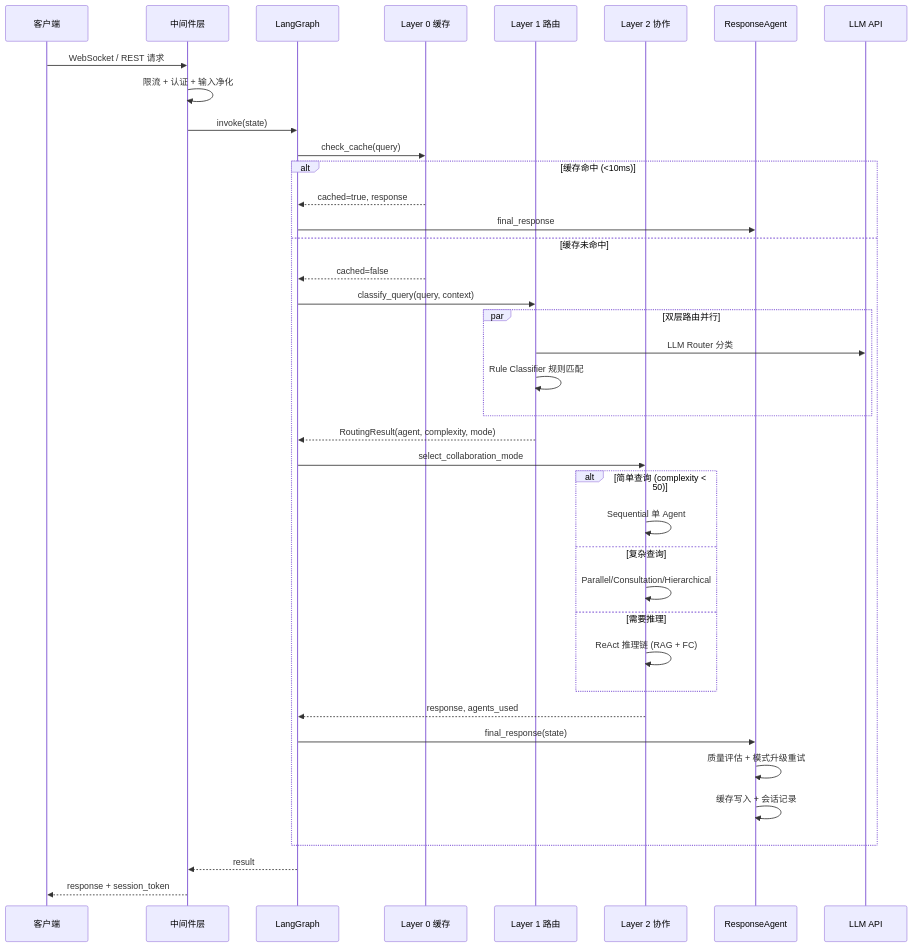
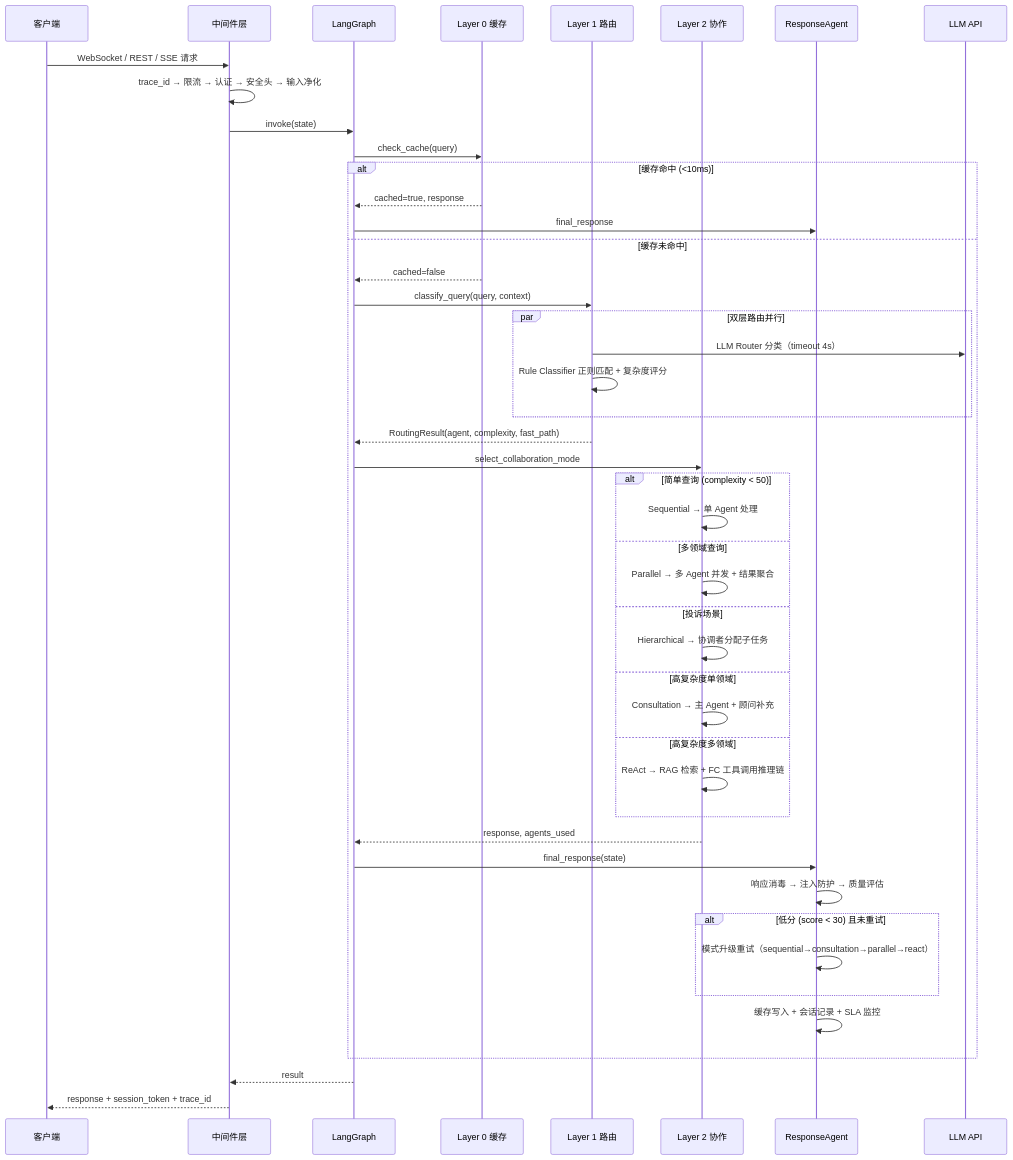
One commit to Xander-Xai/Customer-Service-AI-Agent changed the second of 3 diagrams in README.md. Above: the diagram before and after it, drawn with Mermaid. The commit also changed other lines of this file and 373 other files, not shown here.

````diff
--- a/README.md
+++ b/README.md
@@ -151,46 +160,53 @@
 ```mermaid
 sequenceDiagram
     participant C as 客户端
     participant MW as 中间件层
     participant G as LangGraph
     participant L0 as Layer 0 缓存
     participant L1 as Layer 1 路由
     participant L2 as Layer 2 协作
     participant RA as ResponseAgent
     participant LLM as LLM API
 
-    C->>MW: WebSocket / REST 请求
-    MW->>MW: 限流 + 认证 + 输入净化
+    C->>MW: WebSocket / REST / SSE 请求
+    MW->>MW: trace_id → 限流 → 认证 → 安全头 → 输入净化
     MW->>G: invoke(state)
 
     G->>L0: check_cache(query)
     alt 缓存命中 (<10ms)
         L0-->>G: cached=true, response
         G->>RA: final_response
     else 缓存未命中
         L0-->>G: cached=false
         G->>L1: classify_query(query, context)
         par 双层路由并行
-            L1->>LLM: LLM Router 分类
-            L1->>L1: Rule Classifier 规则匹配
+            L1->>LLM: LLM Router 分类（timeout 4s）
+            L1->>L1: Rule Classifier 正则匹配 + 复杂度评分
         end
-        L1-->>G: RoutingResult(agent, complexity, mode)
+        L1-->>G: RoutingResult(agent, complexity, fast_path)
 
         G->>L2: select_collaboration_mode
         alt 简单查询 (complexity < 50)
-            L2->>L2: Sequential 单 Agent
-        else 复杂查询
-            L2->>L2: Parallel/Consultation/Hierarchical
-        else 需要推理
-            L2->>L2: ReAct 推理链 (RAG + FC)
+            L2->>L2: Sequential → 单 Agent 处理
+        else 多领域查询
+            L2->>L2: Parallel → 多 Agent 并发 + 结果聚合
+        else 投诉场景
+            L2->>L2: Hierarchical → 协调者分配子任务
+        else 高复杂度单领域
+            L2->>L2: Consultation → 主 Agent + 顾问补充
+        else 高复杂度多领域
+            L2->>L2: ReAct → RAG 检索 + FC 工具调用推理链
         end
         L2-->>G: response, agents_used
 
         G->>RA: final_response(state)
-        RA->>RA: 质量评估 + 模式升级重试
-        RA->>RA: 缓存写入 + 会话记录
+        RA->>RA: 响应消毒 → 注入防护 → 质量评估
+        alt 低分 (score < 30) 且未重试
+            RA->>RA: 模式升级重试（sequential→consultation→parallel→react）
+        end
+        RA->>RA: 缓存写入 + 会话记录 + SLA 监控
     end
 
     G-->>MW: result
-    MW-->>C: response + session_token
+    MW-->>C: response + session_token + trace_id
 ```
````
